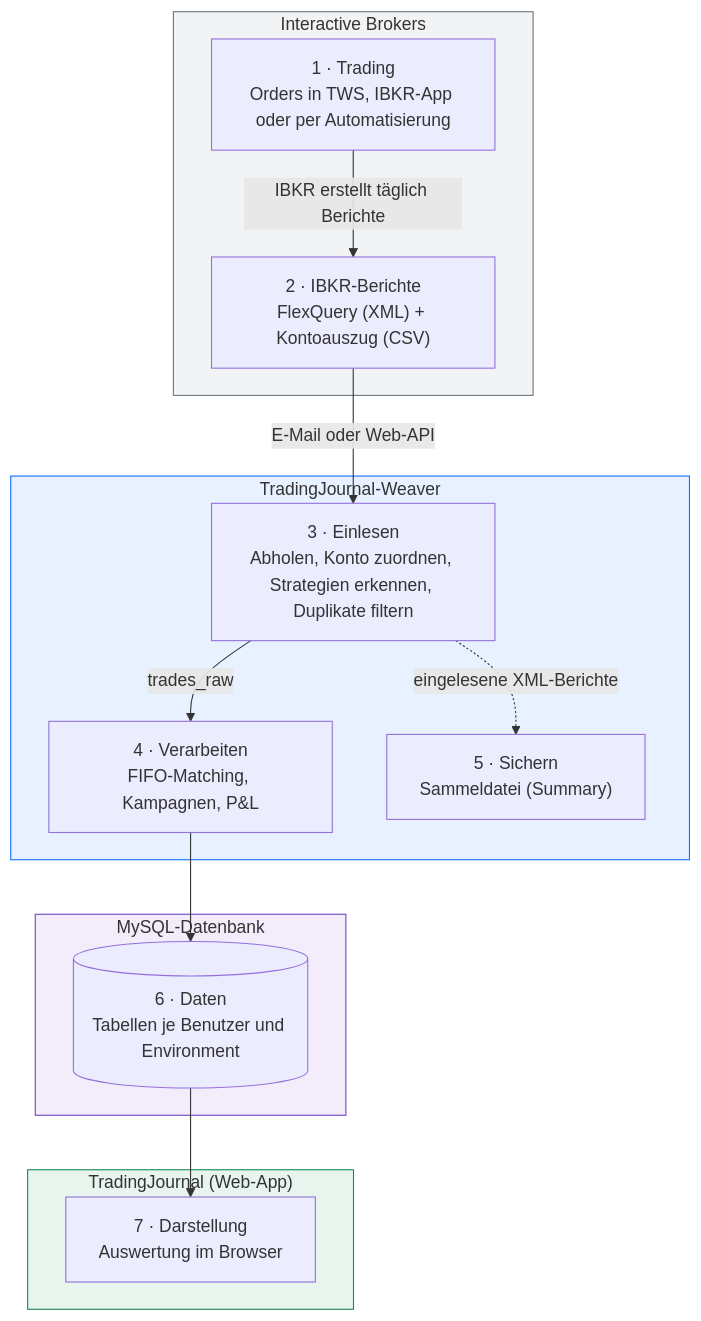
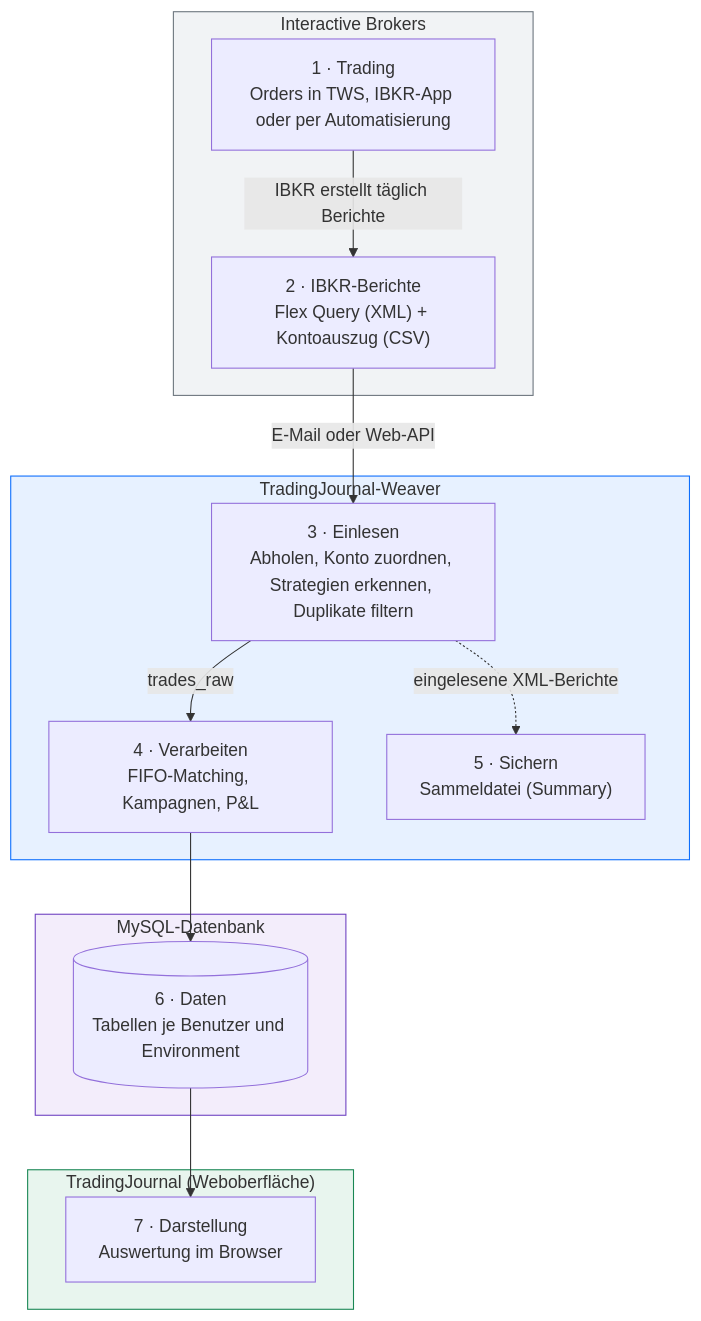
Before and after one commit to mike-1140/TradingJournal: the first of 2 diagrams in docs/handbuch/benutzer/10-ueberblick.md, drawn with Mermaid. The commit also changed other lines of this file and 22 other files, not shown here.

````diff
--- a/docs/handbuch/benutzer/10-ueberblick.md
+++ b/docs/handbuch/benutzer/10-ueberblick.md
@@ -19,28 +25,28 @@
 ```mermaid
 flowchart TB
     subgraph IB["Interactive Brokers"]
         A["1 · Trading<br/>Orders in TWS, IBKR-App oder per Automatisierung"]
-        B["2 · IBKR-Berichte<br/>FlexQuery (XML) + Kontoauszug (CSV)"]
+        B["2 · IBKR-Berichte<br/>Flex Query (XML) + Kontoauszug (CSV)"]
     end
     subgraph WV["TradingJournal-Weaver"]
         C["3 · Einlesen<br/>Abholen, Konto zuordnen, Strategien erkennen, Duplikate filtern"]
         D["4 · Verarbeiten<br/>FIFO-Matching, Kampagnen, P#amp;L"]
         S["5 · Sichern<br/>Sammeldatei (Summary)"]
     end
     subgraph DB["MySQL-Datenbank"]
         E[("6 · Daten<br/>Tabellen je Benutzer und Environment")]
     end
-    subgraph TJ["TradingJournal (Web-App)"]
+    subgraph TJ["TradingJournal (Weboberfläche)"]
         F["7 · Darstellung<br/>Auswertung im Browser"]
     end
     A -->|IBKR erstellt täglich Berichte| B
     B -->|E-Mail oder Web-API| C
     C -->|trades_raw| D
     C -.->|eingelesene XML-Berichte| S
     D --> E
     E --> F
     style IB fill:#f1f3f5,stroke:#6c757d
     style WV fill:#e7f1ff,stroke:#0d6efd
     style DB fill:#f3edfb,stroke:#6f42c1
     style TJ fill:#e8f5ee,stroke:#198754
 ```
````
